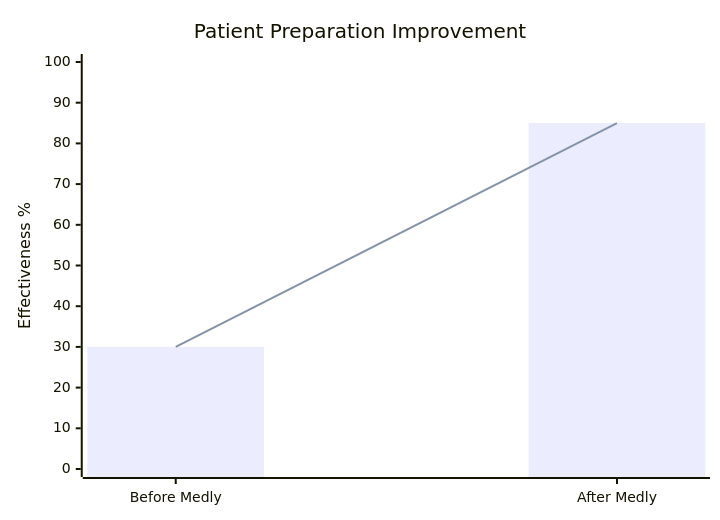
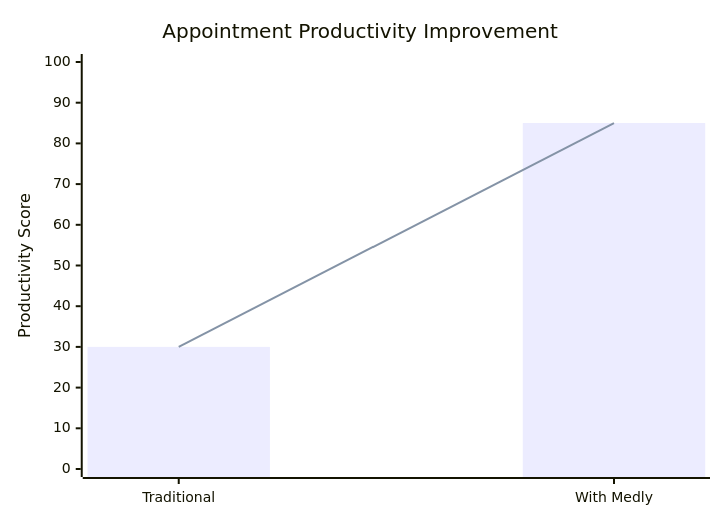
Before and after one commit to Iceman-Dann/Medly: the eighth of 16 diagrams in README.md, drawn with Mermaid. The commit also changed other lines of this file, not shown here.

````diff
--- a/README.md
+++ b/README.md
@@ -172,8 +146,8 @@
 ```mermaid
 xychart-beta
-    title "Patient Preparation Improvement"
-    x-axis ["Before Medly", "After Medly"]
-    y-axis "Effectiveness %" 0 --> 100
+    title "Appointment Productivity Improvement"
+    x-axis ["Traditional", "With Medly"]
+    y-axis "Productivity Score" 0 --> 100
     bar [30, 85]
     line [30, 85]
 ```
````
